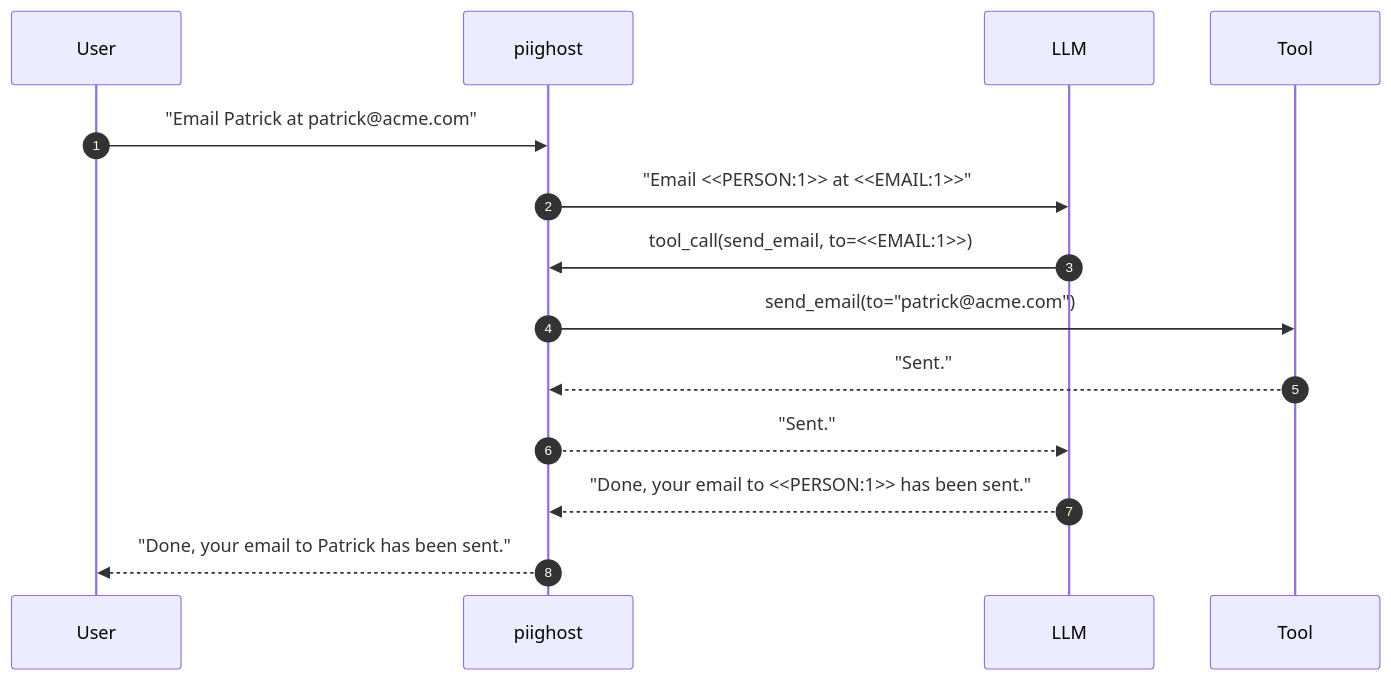
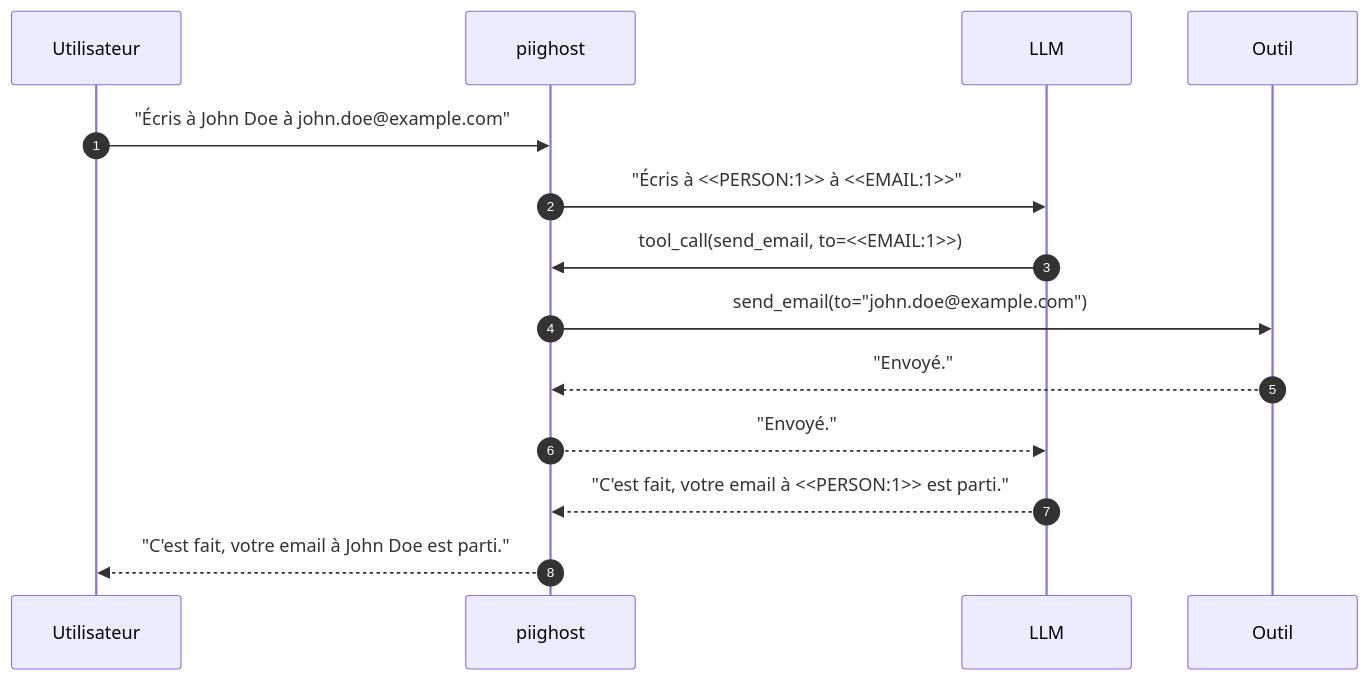
One commit to Athroniaeth/piighost changed the diagram in docs/en/index.md. Above: the diagram before and after it, drawn with Mermaid. The commit also changed other lines of this file and 13 other files, not shown here.

````diff
--- a/docs/en/index.md
+++ b/docs/en/index.md
@@ -11,17 +16,17 @@
 ```mermaid
 sequenceDiagram
     autonumber
-    participant U as User
+    participant U as Utilisateur
     participant M as piighost
     participant L as LLM
-    participant T as Tool
+    participant T as Outil
 
-    U->>M: "Email Patrick at patrick@acme.com"
-    M->>L: "Email <<PERSON:1>> at <<EMAIL:1>>"
+    U->>M: "Écris à John Doe à john.doe@example.com"
+    M->>L: "Écris à <<PERSON:1>> à <<EMAIL:1>>"
     L->>M: tool_call(send_email, to=<<EMAIL:1>>)
-    M->>T: send_email(to="patrick@acme.com")
-    T-->>M: "Sent."
-    M-->>L: "Sent."
-    L-->>M: "Done, your email to <<PERSON:1>> has been sent."
-    M-->>U: "Done, your email to Patrick has been sent."
+    M->>T: send_email(to="john.doe@example.com")
+    T-->>M: "Envoyé."
+    M-->>L: "Envoyé."
+    L-->>M: "C'est fait, votre email à <<PERSON:1>> est parti."
+    M-->>U: "C'est fait, votre email à John Doe est parti."
 ```
````
